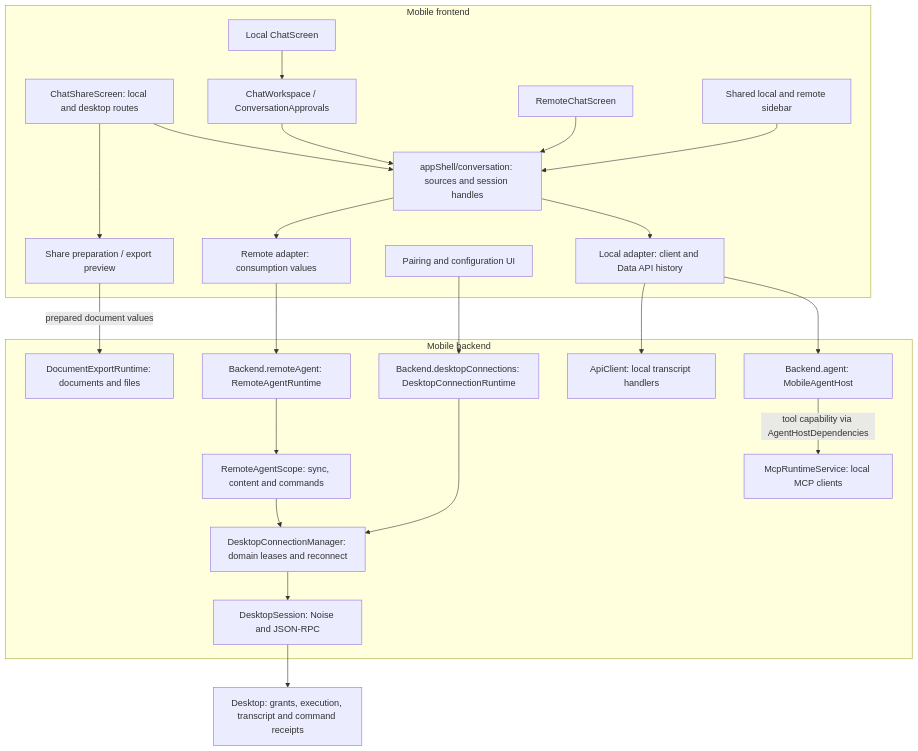
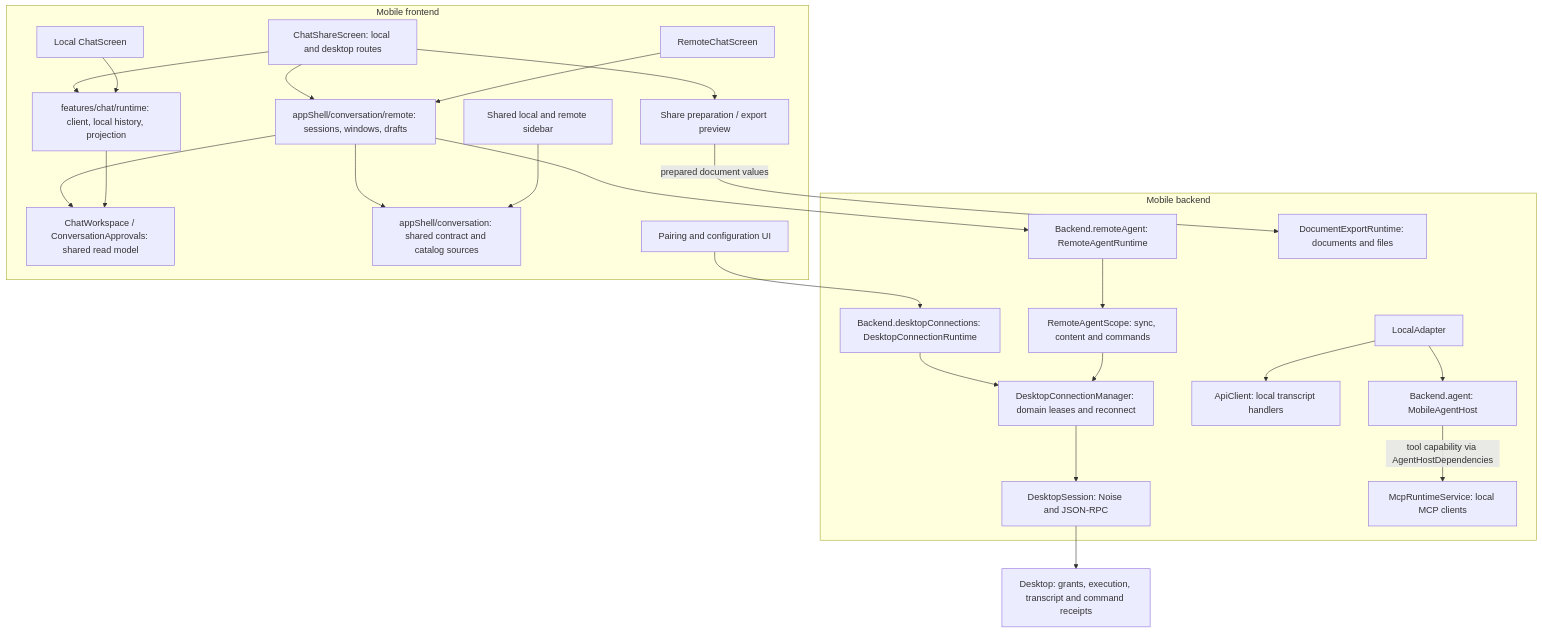
The diagram in docs/references/remote-access/service-ownership.md (CherryHQ/cherry-studio-app), drawn with Mermaid before and after one commit. The commit also changed other lines of this file and 3 other files, not shown here.

First line of the commit message:
docs(remote-access): record the conversation boundary and memory-only history cache

````diff
--- a/docs/references/remote-access/service-ownership.md
+++ b/docs/references/remote-access/service-ownership.md
@@ -17,40 +17,40 @@
 ```mermaid
 flowchart TB
   subgraph Frontend[Mobile frontend]
     Local[Local ChatScreen]
     Share[ChatShareScreen: local and desktop routes]
-    UI[ChatWorkspace / ConversationApprovals]
-    Consumer[appShell/conversation: sources and session handles]
-    LocalAdapter[Local adapter: client and Data API history]
-    RemoteAdapter[Remote adapter: consumption values]
+    UI[ChatWorkspace / ConversationApprovals: shared read model]
+    LocalRuntime[features/chat/runtime: client, local history, projection]
+    Catalog[appShell/conversation: shared contract and catalog sources]
+    RemoteAdapter[appShell/conversation/remote: sessions, windows, drafts]
     Remote[RemoteChatScreen]
     Sidebar[Shared local and remote sidebar]
     Settings[Pairing and configuration UI]
     Export[Share preparation / export preview]
-    Local --> UI --> Consumer
-    Share --> Consumer
-    Consumer --> LocalAdapter
-    Consumer --> RemoteAdapter
-    Remote --> Consumer
-    Sidebar --> Consumer
+    Local --> LocalRuntime --> UI
+    Remote --> RemoteAdapter --> UI
+    Share --> LocalRuntime
+    Share --> RemoteAdapter
+    Sidebar --> Catalog
+    RemoteAdapter --> Catalog
     Share --> Export
   end
   subgraph Backend[Mobile backend]
     Host[Backend.agent: MobileAgentHost]
     Data[ApiClient: local transcript handlers]
     Agent[Backend.remoteAgent: RemoteAgentRuntime]
     Scope[RemoteAgentScope: sync, content and commands]
     Config[Backend.desktopConnections: DesktopConnectionRuntime]
     Pool[DesktopConnectionManager: domain leases and reconnect]
     Channel[DesktopSession: Noise and JSON-RPC]
     Mcp[McpRuntimeService: local MCP clients]
     Document[DocumentExportRuntime: documents and files]
     LocalAdapter --> Host
     LocalAdapter --> Data
     RemoteAdapter --> Agent --> Scope --> Pool
     Settings --> Config --> Pool --> Channel
     Host -->|tool capability via AgentHostDependencies| Mcp
     Export -->|prepared document values| Document
   end
   Channel --> PC[Desktop: grants, execution, transcript and command receipts]
 ```
````
